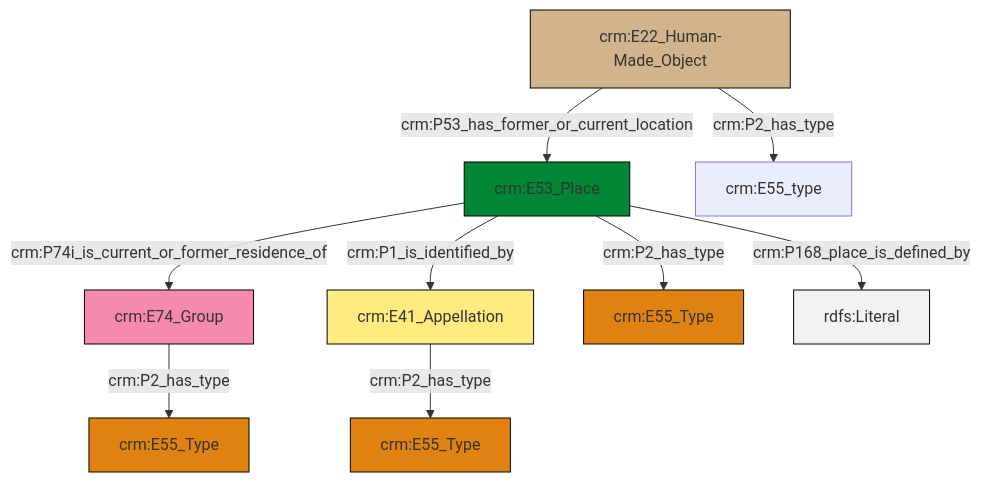
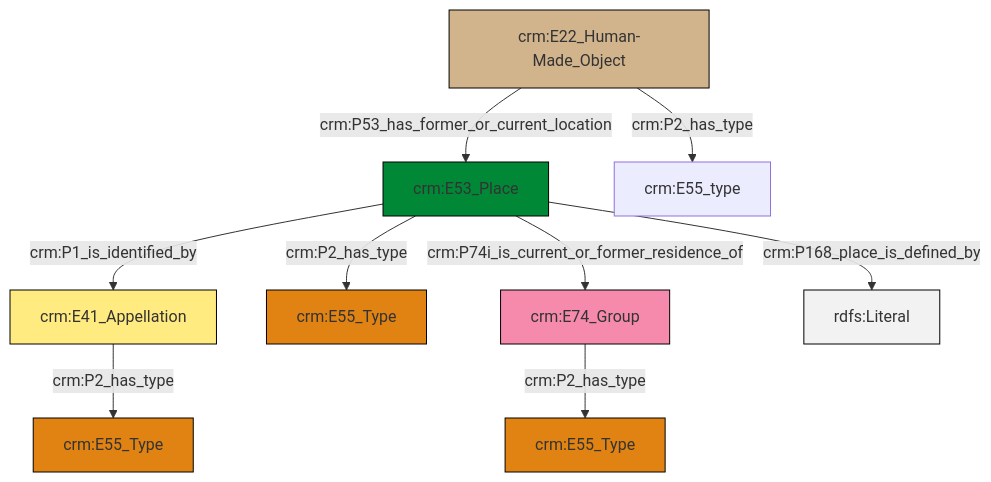
One commit to swiss-art-research-net/reference-data-models changed the diagram in et/artworkCSV/ttl/mmd/Artwork_Location.ttl.mmd. Above: the diagram before and after it, drawn with Mermaid. The commit also changed 150 other files, not shown here.

```diff
--- a/et/artworkCSV/ttl/mmd/Artwork_Location.ttl.mmd
+++ b/et/artworkCSV/ttl/mmd/Artwork_Location.ttl.mmd
@@ -1,23 +1,23 @@
 graph TD
 classDef Literal fill:#f2f2f2,stroke:#000000;
 classDef CRM_Entity fill:#FFFFFF,stroke:#000000;
 classDef Temporal_Entity fill:#00C9E6, stroke:#000000;
 classDef Type fill:#E18312, stroke:#000000;
 classDef Time-Span fill:#2C9C91, stroke:#000000;
 classDef Appellation fill:#FFEB7F, stroke:#000000;
 classDef Place fill:#008836, stroke:#000000;
 classDef Persistent_Item fill:#B266B2, stroke:#000000;
 classDef Conceptual_Object fill:#FFD700, stroke:#000000;
 classDef Physical_Thing fill:#D2B48C, stroke:#000000;
 classDef Actor fill:#f58aad, stroke:#000000;
 classDef PC_Classes fill:#4ce600, stroke:#000000;
 classDef Multi fill:#cccccc,stroke:#000000;
 
-0["crm:E53_Place"]:::Place -->|crm:P74i_is_current_or_former_residence_of| 1["crm:E74_Group"]:::Actor
-5["crm:E22_Human-Made_Object"]:::Physical_Thing -->|crm:P2_has_type| 6["crm:E55_type"]:::Default
-3["crm:E41_Appellation"]:::Appellation -->|crm:P2_has_type| 7["crm:E55_Type"]:::Type
-1["crm:E74_Group"]:::Actor -->|crm:P2_has_type| 8["crm:E55_Type"]:::Type
-0["crm:E53_Place"]:::Place -->|crm:P2_has_type| 9["crm:E55_Type"]:::Type
-0["crm:E53_Place"]:::Place -->|crm:P1_is_identified_by| 3["crm:E41_Appellation"]:::Appellation
-5["crm:E22_Human-Made_Object"]:::Physical_Thing -->|crm:P53_has_former_or_current_location| 0["crm:E53_Place"]:::Place
-0["crm:E53_Place"]:::Place -->|crm:P168_place_is_defined_by| 19[rdfs:Literal]:::Literal
+0["crm:E22_Human-Made_Object"]:::Physical_Thing -->|crm:P53_has_former_or_current_location| 2["crm:E53_Place"]:::Place
+2["crm:E53_Place"]:::Place -->|crm:P1_is_identified_by| 5["crm:E41_Appellation"]:::Appellation
+2["crm:E53_Place"]:::Place -->|crm:P2_has_type| 6["crm:E55_Type"]:::Type
+2["crm:E53_Place"]:::Place -->|crm:P74i_is_current_or_former_residence_of| 10["crm:E74_Group"]:::Actor
+0["crm:E22_Human-Made_Object"]:::Physical_Thing -->|crm:P2_has_type| 3["crm:E55_type"]:::Default
+2["crm:E53_Place"]:::Place -->|crm:P168_place_is_defined_by| 16[rdfs:Literal]:::Literal
+5["crm:E41_Appellation"]:::Appellation -->|crm:P2_has_type| 12["crm:E55_Type"]:::Type
+10["crm:E74_Group"]:::Actor -->|crm:P2_has_type| 8["crm:E55_Type"]:::Type
```
